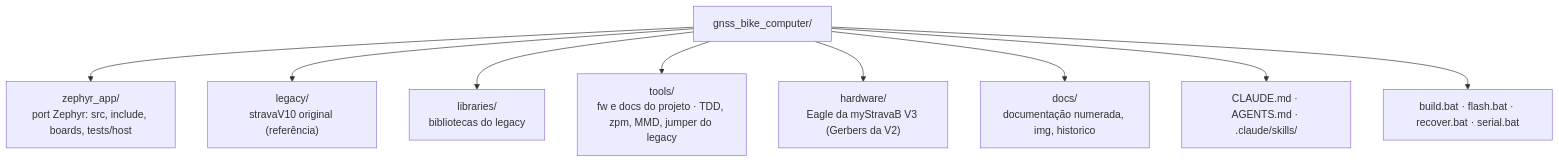
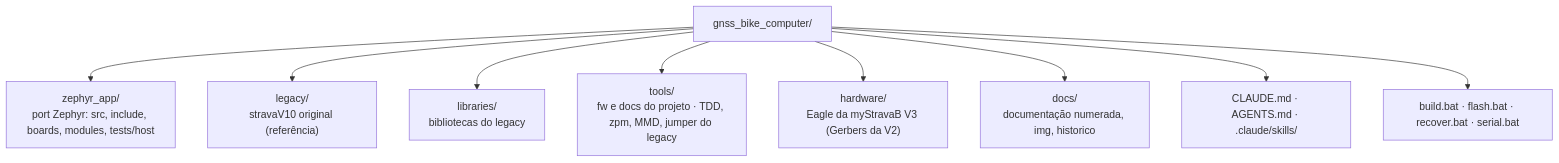
Before and after one commit to Guiimartinho/gnss-bike-computer: the third of 3 diagrams in README.md, drawn with Mermaid. The commit also changed other lines of this file and 1 other file, not shown here.

````diff
--- a/README.md
+++ b/README.md
@@ -85,12 +112,12 @@
 ```mermaid
 flowchart TB
     ROOT["gnss_bike_computer/"]
-    ROOT --> ZA["zephyr_app/<br/>port Zephyr: src, include, boards, tests/host"]
+    ROOT --> ZA["zephyr_app/<br/>port Zephyr: src, include, boards, modules, tests/host"]
     ROOT --> LEG["legacy/<br/>stravaV10 original (referência)"]
     ROOT --> LIB["libraries/<br/>bibliotecas do legacy"]
     ROOT --> TOOLS["tools/<br/>fw e docs do projeto · TDD, zpm, MMD, jumper do legacy"]
     ROOT --> HW["hardware/<br/>Eagle da myStravaB V3 (Gerbers da V2)"]
     ROOT --> DOCS["docs/<br/>documentação numerada, img, historico"]
     ROOT --> AI["CLAUDE.md · AGENTS.md · .claude/skills/"]
     ROOT --> BAT["build.bat · flash.bat · recover.bat · serial.bat"]
 ```
````
